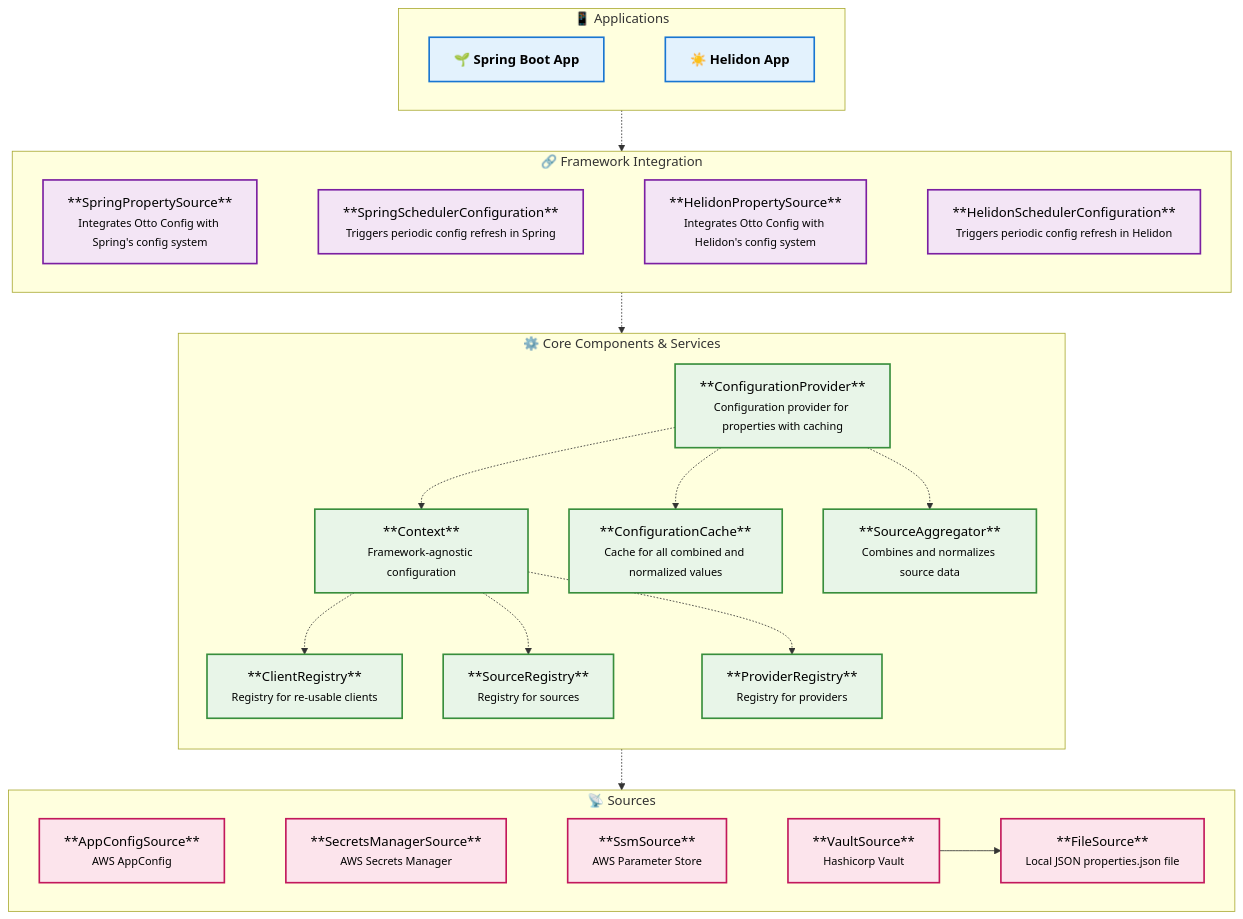
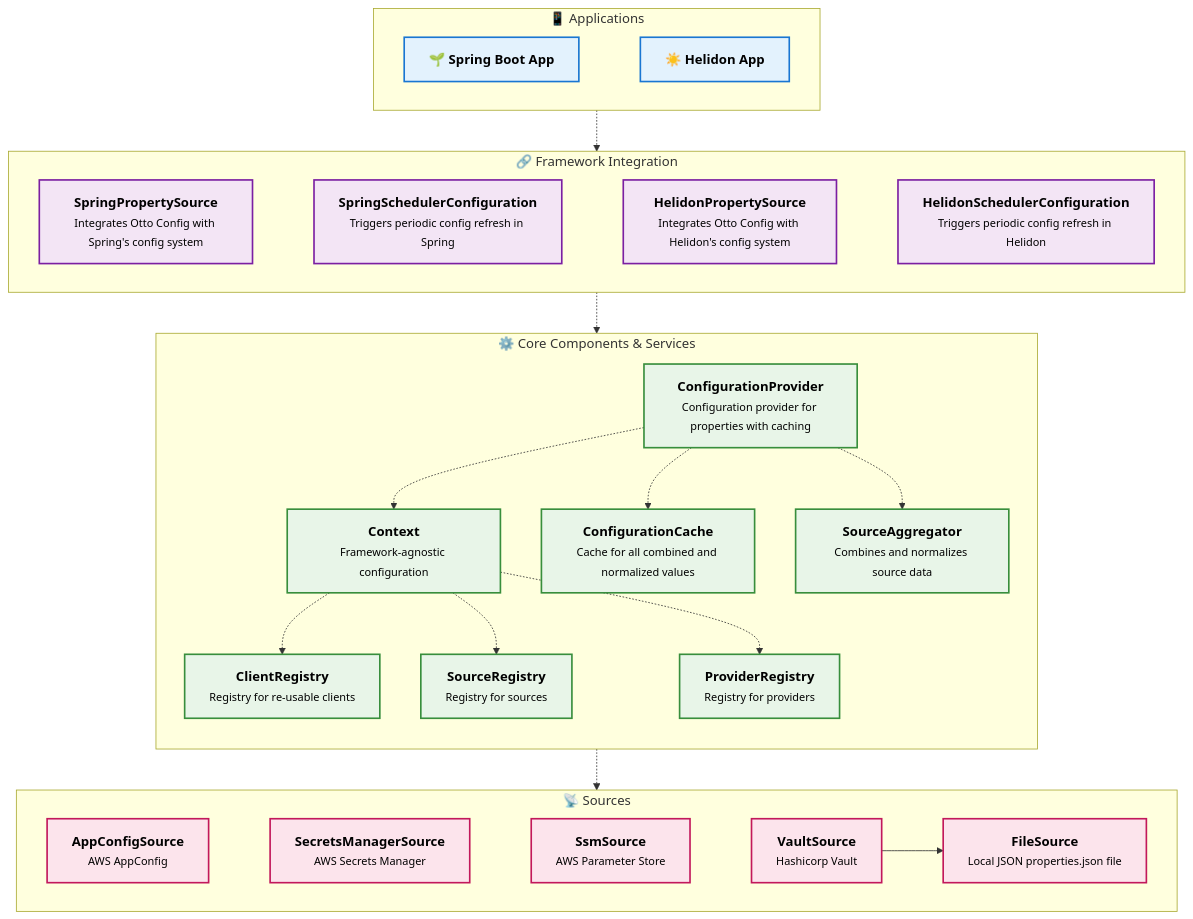
The second of 3 diagrams in docs/ADVANCED.md (otto-de/otto-config), drawn with Mermaid before and after one commit. The commit also changed other lines of this file, not shown here.

Commit message:
enhance ADVANCED.md by updating diagram labels for improved clarity

````diff
--- a/docs/ADVANCED.md
+++ b/docs/ADVANCED.md
@@ -35,69 +35,69 @@
 ```mermaid
 flowchart TD
 
     %% Applications
     subgraph A[📱 Applications]
         A1[🌱 <b>Spring Boot App</b>] -->
         A2[☀️ <b>Helidon App</b>]
     end
 
     %% Framework Integration
     subgraph B[🔗 Framework Integration]
-        B1[**SpringPropertySource**<br/><small>Integrates Otto Config with Spring's config system</small>] --> 
-        B2[**SpringSchedulerConfiguration**<br/><small>Triggers periodic config refresh in Spring</small>]  --> 
-        B3[**HelidonPropertySource**<br/><small>Integrates Otto Config with Helidon's config system</small>] --> 
-        B4[**HelidonSchedulerConfiguration**<br/><small>Triggers periodic config refresh in Helidon</small>]
+        B1[<b>SpringPropertySource</b><br/><small>Integrates Otto Config with Spring's config system</small>] --> 
+        B2[<b>SpringSchedulerConfiguration</b><br/><small>Triggers periodic config refresh in Spring</small>]  --> 
+        B3[<b>HelidonPropertySource</b><br/><small>Integrates Otto Config with Helidon's config system</small>] --> 
+        B4[<b>HelidonSchedulerConfiguration</b><br/><small>Triggers periodic config refresh in Helidon</small>]
     end
 
     %% Core Components
     subgraph C[⚙️ Core Components & Services]
         direction TB
-        C1[**ConfigurationProvider**<br/><small>Configuration provider for properties with caching</small>]
-        C3[**Context**<br/><small>Framework-agnostic configuration</small>]
-        C4[**ConfigurationCache**<br/><small>Cache for all combined and normalized values</small>]
-        C5[**SourceAggregator**<br/><small>Combines and normalizes source data</small>]
-        C6[**ClientRegistry**<br/><small>Registry for re-usable clients</small>]
-        C7[**SourceRegistry**<br/><small>Registry for sources</small>]
-        C8[**ProviderRegistry**<br/><small>Registry for providers</small>]
+        C1[<b>ConfigurationProvider</b><br/><small>Configuration provider for properties with caching</small>]
+        C3[<b>Context</b><br/><small>Framework-agnostic configuration</small>]
+        C4[<b>ConfigurationCache</b><br/><small>Cache for all combined and normalized values</small>]
+        C5[<b>SourceAggregator</b><br/><small>Combines and normalizes source data</small>]
+        C6[<b>ClientRegistry</b><br/><small>Registry for re-usable clients</small>]
+        C7[<b>SourceRegistry</b><br/><small>Registry for sources</small>]
+        C8[<b>ProviderRegistry</b><br/><small>Registry for providers</small>]
     end
 
     %% Sources
     subgraph D[📡 Sources]
-        D1[**AppConfigSource**<br/><small>AWS AppConfig</small>] --> D2[**SecretsManagerSource**<br/><small>AWS Secrets Manager</small>]  --> D3[**SsmSource**<br/><small>AWS Parameter Store</small>] --> D4[**VaultSource**<br/><small>Hashicorp Vault</small>] --> D5[**FileSource**<br/><small>Local JSON properties.json file</small>]
+        D1[<b>AppConfigSource</b><br/><small>AWS AppConfig</small>] --> D2[<b>SecretsManagerSource</b><br/><small>AWS Secrets Manager</small>]  --> D3[<b>SsmSource</b><br/><small>AWS Parameter Store</small>] --> D4[<b>VaultSource</b><br/><small>Hashicorp Vault</small>] --> D5[<b>FileSource</b><br/><small>Local JSON properties.json file</small>]
     end
 
     %% Internal connections (simplified)
     A -.-> B
     B -.-> C
     C -.-> D
 
     C1 -.-> C3
     C1 -.-> C4
     C1 -.-> C5
 
     C3 -.-> C6
     C3 -.-> C7
     C3 -.-> C8
 
     %% Styling
     classDef subgraphStyle fill:#f9f9f9,stroke:#333,stroke-width:2px,color:#000
     classDef appStyle fill:#e3f2fd,stroke:#1976d2,stroke-width:2px,color:#000
     classDef frameworkStyle fill:#f3e5f5,stroke:#7b1fa2,stroke-width:2px,color:#000
     classDef coreStyle fill:#e8f5e8,stroke:#388e3c,stroke-width:2px,color:#000
     classDef sourceStyle fill:#fce4ec,stroke:#c2185b,stroke-width:2px,color:#000
     classDef externalStyle fill:#ffebee,stroke:#d32f2f,stroke-width:2px,color:#000
 
     class A1,A2 appStyle
     class B1,B2,B3,B4 frameworkStyle
     class C1,C3,C4,C5,C6,C7,C8,C8 coreStyle
     class D1,D2,D3,D4,D5 sourceStyle
 
     %% Style invisible links
     linkStyle 0 stroke:transparent,stroke-width:0px
     linkStyle 1 stroke:transparent,stroke-width:0px
     linkStyle 2 stroke:transparent,stroke-width:0px
     linkStyle 3 stroke:transparent,stroke-width:0px
     linkStyle 4 stroke:transparent,stroke-width:0px
     linkStyle 5 stroke:transparent,stroke-width:0px
     linkStyle 6 stroke:transparent,stroke-width:0px
 ```
````
